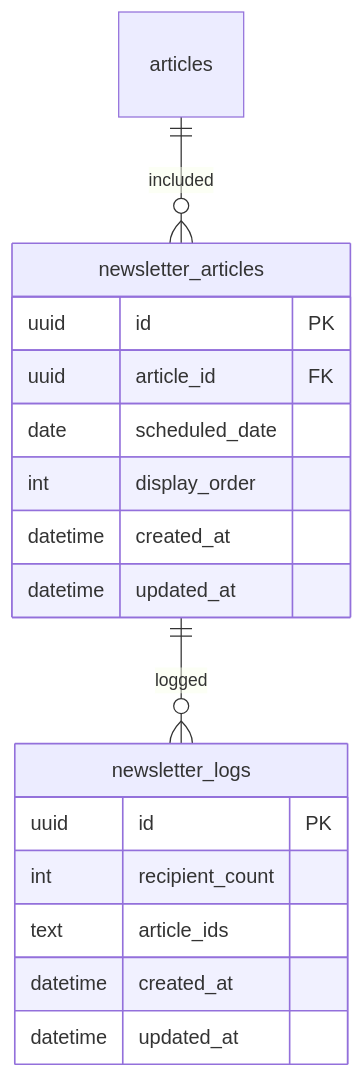
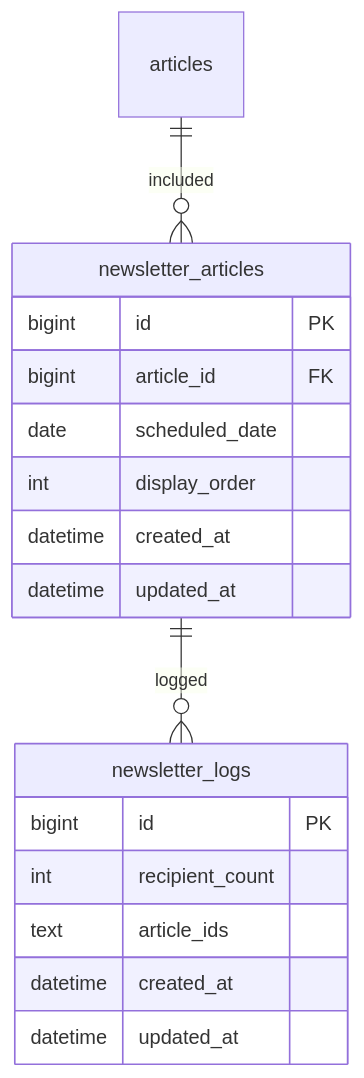
The first of 3 diagrams in docs/functions/newsletter/manage.md (RRRRRRR-777/SikouLab), drawn with Mermaid before and after one commit. The commit also changed 19 other files, not shown here.

````diff
--- a/docs/functions/newsletter/manage.md
+++ b/docs/functions/newsletter/manage.md
@@ -94,23 +94,23 @@
 ```mermaid
 erDiagram
     %% 正: docs/versions/1_0_0/data-model.md
     articles ||--o{ newsletter_articles : "included"
     newsletter_articles ||--o{ newsletter_logs : "logged"
 
     newsletter_articles {
-        uuid id PK
-        uuid article_id FK
+        bigint id PK
+        bigint article_id FK
         date scheduled_date
         int display_order
         datetime created_at
         datetime updated_at
     }
 
     newsletter_logs {
-        uuid id PK
+        bigint id PK
         int recipient_count
         text article_ids
         datetime created_at
         datetime updated_at
     }
 ```
````
